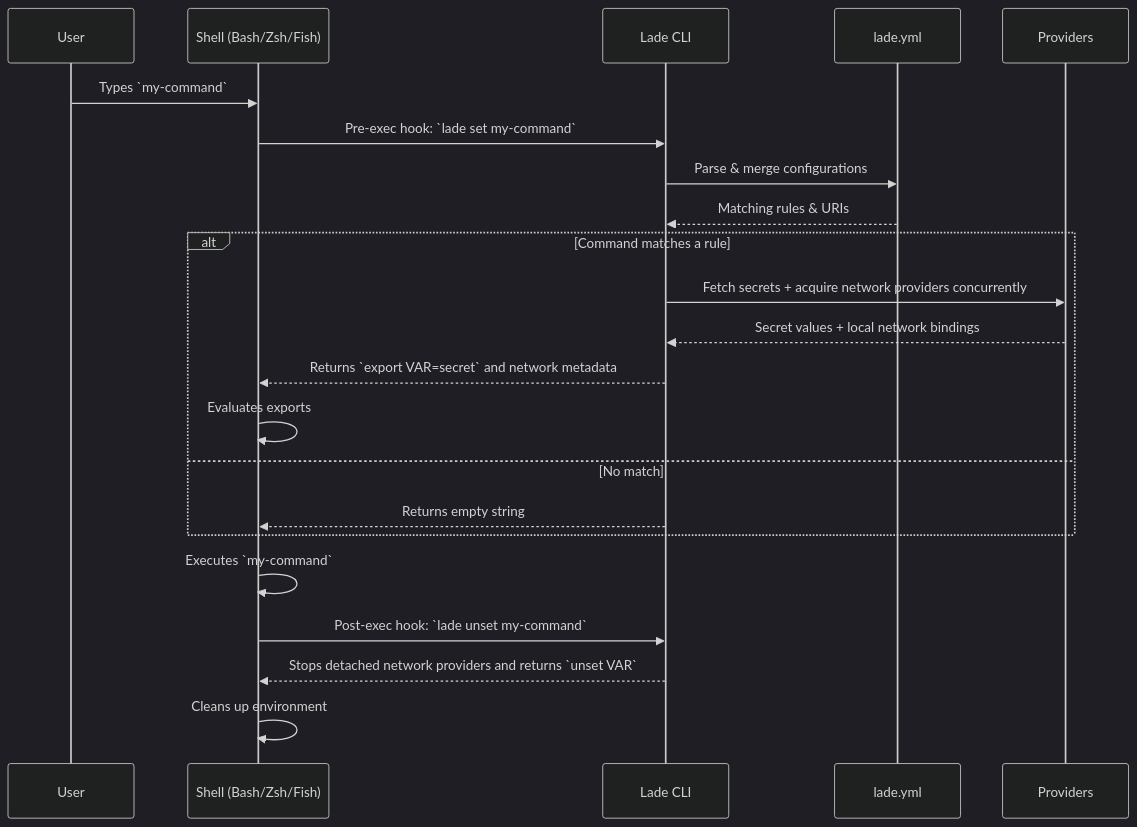
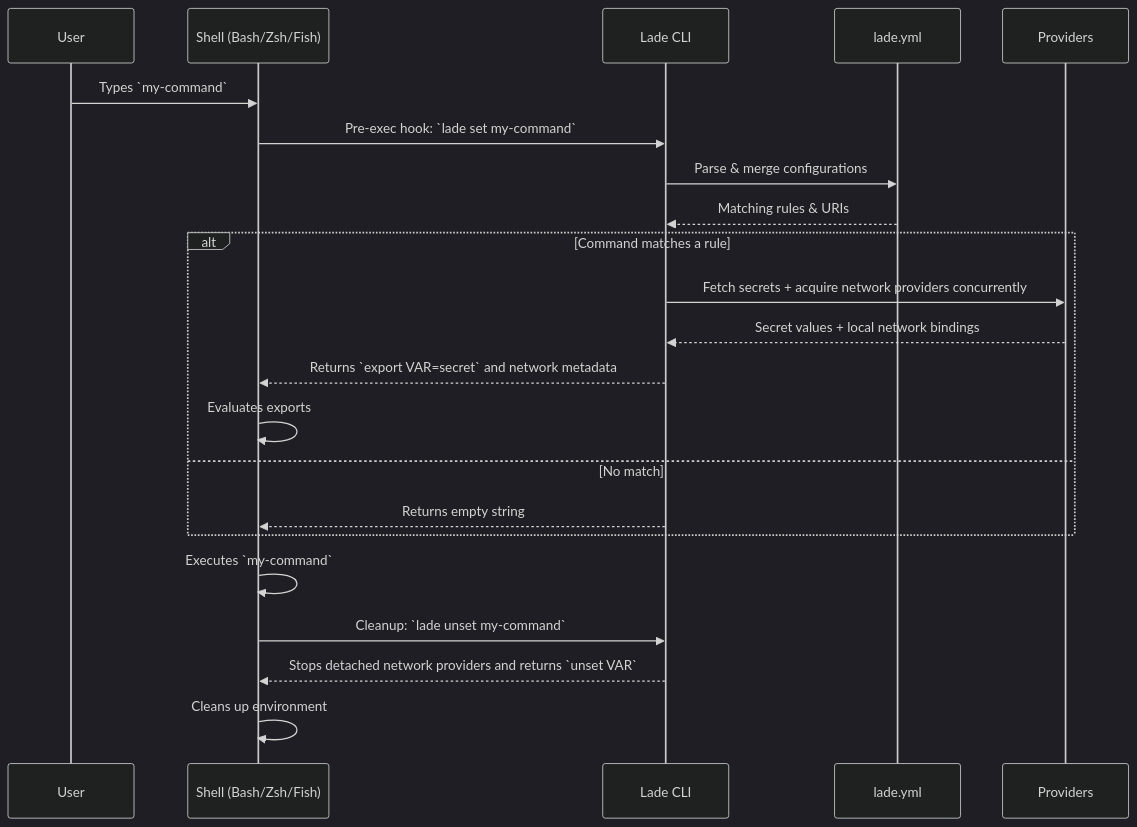
Before and after one commit to zifeo/lade: the first of 4 diagrams in docs/architecture.md, drawn with Mermaid (dark theme). The commit also changed other lines of this file and 91 other files, not shown here.

````diff
--- a/docs/architecture.md
+++ b/docs/architecture.md
@@ -10,27 +11,27 @@
 ```mermaid
 sequenceDiagram
     participant User
     participant Shell as Shell (Bash/Zsh/Fish)
     participant Lade as Lade CLI
     participant Config as lade.yml
     participant Providers as Providers
 
     User->>Shell: Types `my-command`
     Shell->>Lade: Pre-exec hook: `lade set my-command`
     Lade->>Config: Parse & merge configurations
     Config-->>Lade: Matching rules & URIs
 
     alt Command matches a rule
         Lade->>Providers: Fetch secrets + acquire network providers concurrently
         Providers-->>Lade: Secret values + local network bindings
         Lade-->>Shell: Returns `export VAR=secret` and network metadata
         Shell->>Shell: Evaluates exports
     else No match
         Lade-->>Shell: Returns empty string
     end
 
     Shell->>Shell: Executes `my-command`
-    Shell->>Lade: Post-exec hook: `lade unset my-command`
+    Shell->>Lade: Cleanup: `lade unset my-command`
     Lade-->>Shell: Stops detached network providers and returns `unset VAR`
     Shell->>Shell: Cleans up environment
 ```
````
